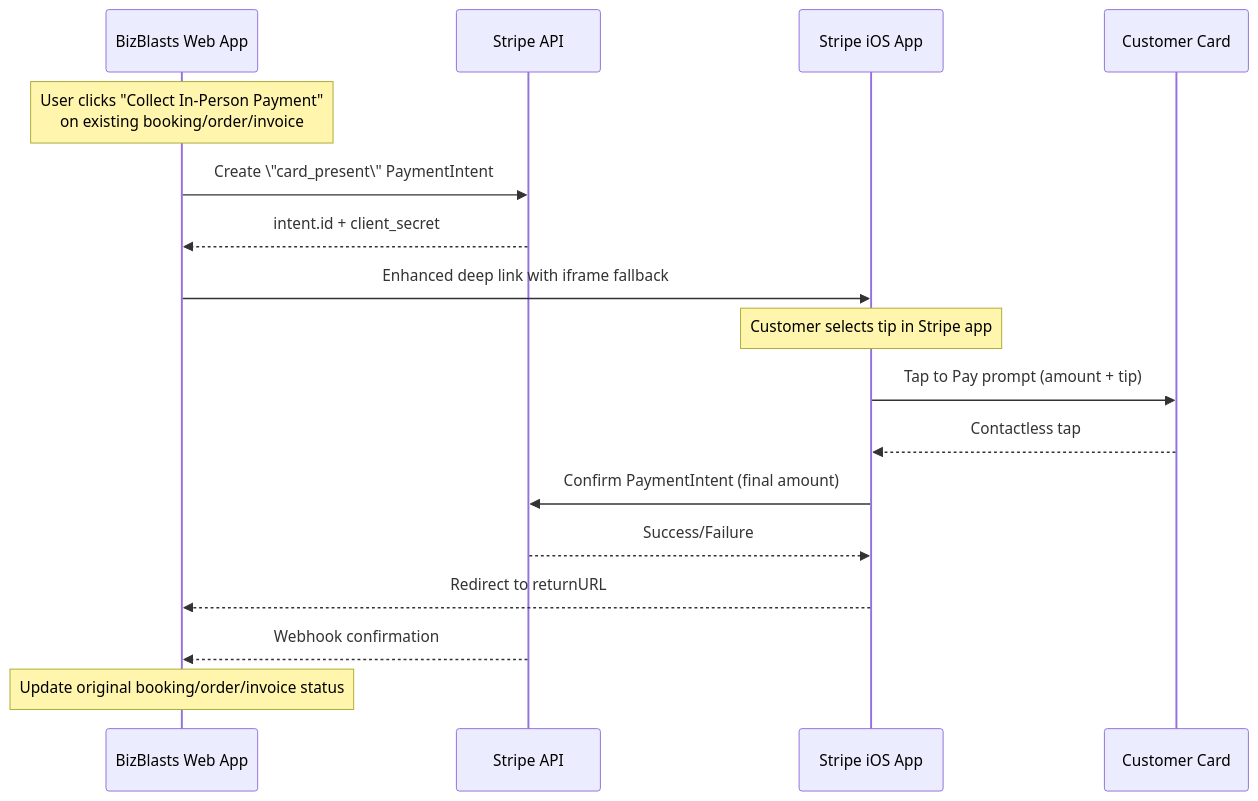
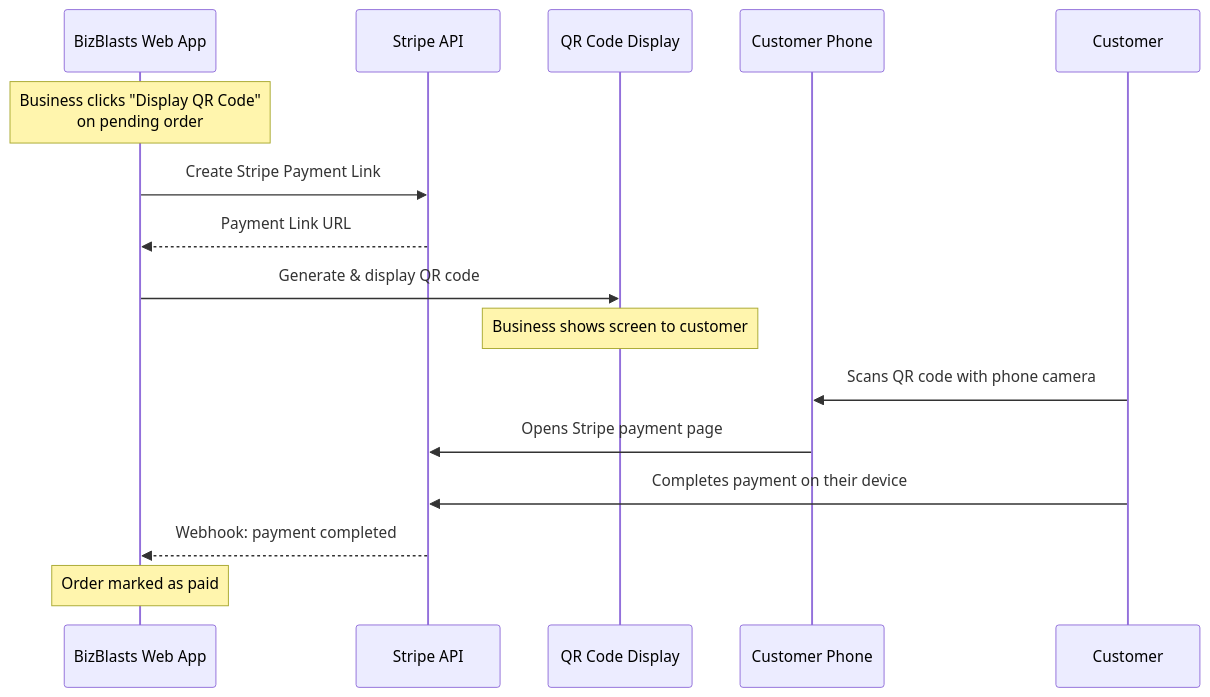
The first of 3 diagrams in docs/deep-link-strategy.md (brianlane/bizblasts), drawn with Mermaid before and after one commit. The commit also changed other lines of this file and 54 other files, not shown here.

````diff
--- a/docs/deep-link-strategy.md
+++ b/docs/deep-link-strategy.md
@@ -26,20 +24,19 @@
 ```mermaid
 sequenceDiagram
     participant B as BizBlasts Web App
     participant S as Stripe API
-    participant A as Stripe iOS App
-    participant C as Customer Card
+    participant QR as QR Code Display
+    participant CP as Customer Phone
+    participant C as Customer
 
-    Note over B: User clicks "Collect In-Person Payment"<br/>on existing booking/order/invoice
-    B->>S: Create \"card_present\" PaymentIntent
-    S-->>B: intent.id + client_secret
-    B->>A: Enhanced deep link with iframe fallback
-    Note over A: Customer selects tip in Stripe app
-    A->>C: Tap to Pay prompt (amount + tip)
-    C-->>A: Contactless tap
-    A->>S: Confirm PaymentIntent (final amount)
-    S-->>A: Success/Failure
-    A-->>B: Redirect to returnURL
-    S-->>B: Webhook confirmation
-    Note over B: Update original booking/order/invoice status
+    Note over B: Business clicks "Display QR Code"<br/>on pending order
+    B->>S: Create Stripe Payment Link
+    S-->>B: Payment Link URL
+    B->>QR: Generate & display QR code
+    Note over QR: Business shows screen to customer
+    C->>CP: Scans QR code with phone camera
+    CP->>S: Opens Stripe payment page
+    C->>S: Completes payment on their device
+    S-->>B: Webhook: payment completed
+    Note over B: Order marked as paid
 ```
````
